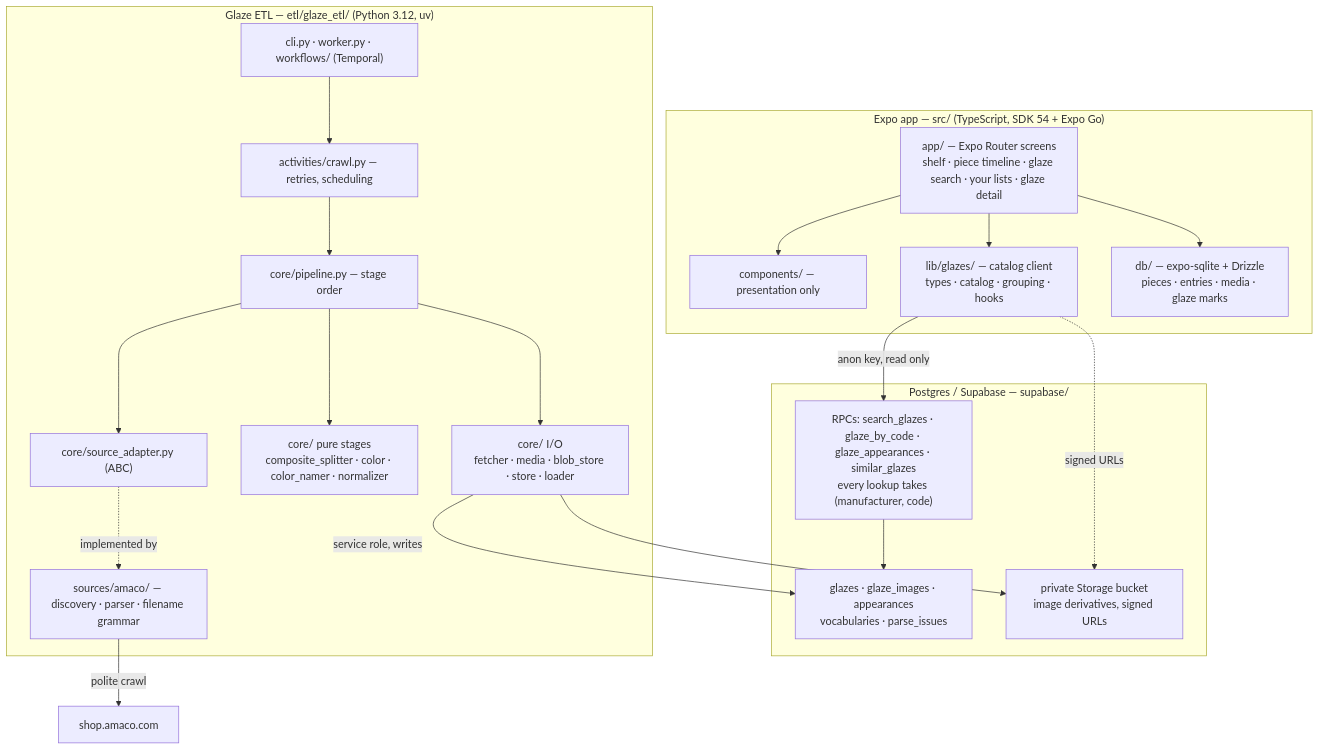
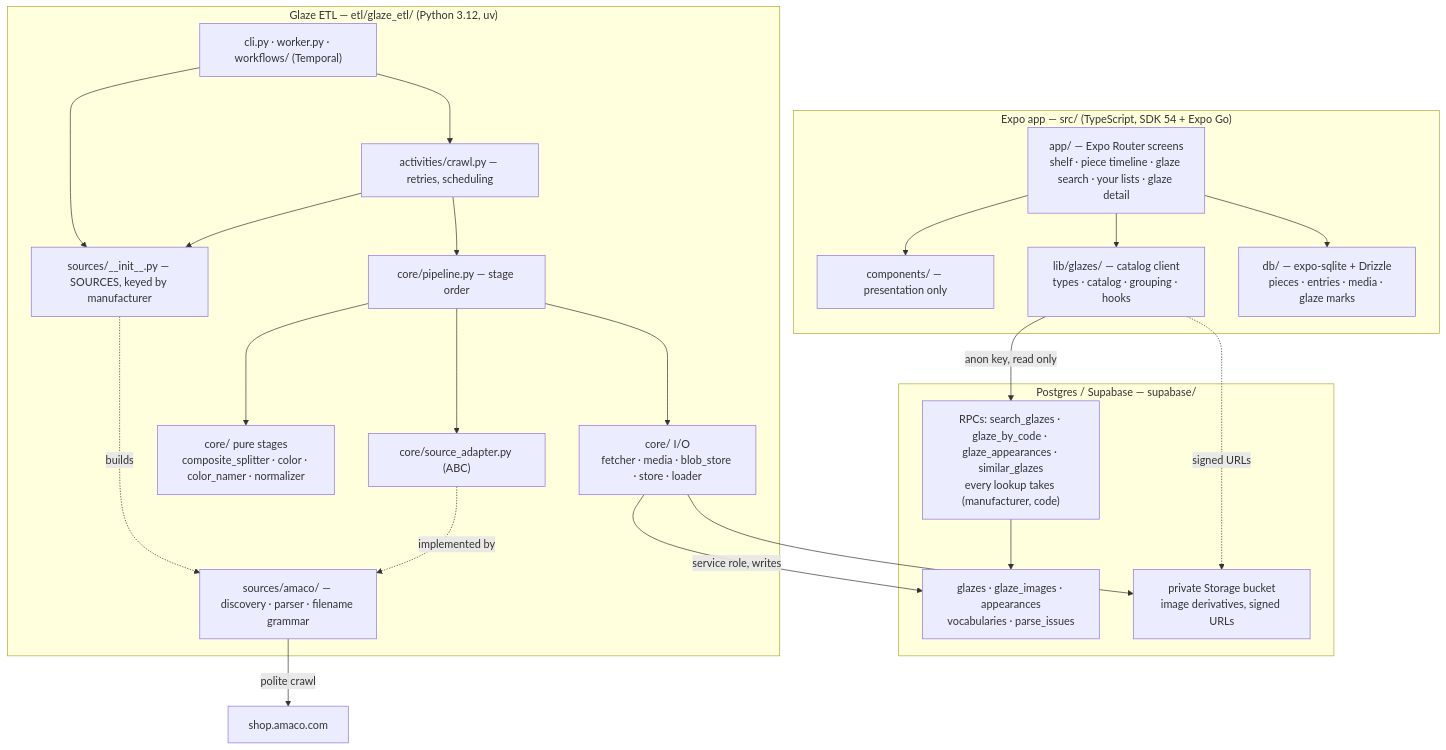
One commit to nickscip/mudbud changed the diagram in docs/ARCHITECTURE.md. Above: the diagram before and after it, drawn with Mermaid. The commit also changed 2 other files, not shown here.

Commit message:
docs: describe the shape the refactor left
fetcher.py's docstring presented AMACO's crawl delay and BigCommerce's
analytics noise as things the fetcher knows. Both now arrive from the
adapter, so the module is source-agnostic and the measurements are
recorded as what the machinery is for rather than as universal facts.

The architecture diagram gains the SOURCES registry, which is how the
CLI and the activities reach an adapter, and the roadmap records the
review pass — chiefly the snapshot-read unification and the activity
scoping fix, both of which matter to whoever adds Mayco.

````diff
--- a/docs/ARCHITECTURE.md
+++ b/docs/ARCHITECTURE.md
@@ -7,40 +7,44 @@
 ```mermaid
 graph TD
   subgraph app["Expo app — src/ (TypeScript, SDK 54 + Expo Go)"]
     screens["app/ — Expo Router screens<br/>shelf · piece timeline · glaze search · your lists · glaze detail"]
     components["components/ — presentation only"]
     glazes["lib/glazes/ — catalog client<br/>types · catalog · grouping · hooks"]
     localdb["db/ — expo-sqlite + Drizzle<br/>pieces · entries · media · glaze marks"]
     screens --> components
     screens --> glazes
     screens --> localdb
   end
 
   subgraph pg["Postgres / Supabase — supabase/"]
     rpc["RPCs: search_glazes · glaze_by_code · glaze_appearances · similar_glazes<br/>every lookup takes (manufacturer, code)"]
     tables["glazes · glaze_images · appearances<br/>vocabularies · parse_issues"]
     bucket["private Storage bucket<br/>image derivatives, signed URLs"]
     rpc --> tables
   end
 
   subgraph etl["Glaze ETL — etl/glaze_etl/ (Python 3.12, uv)"]
     entry["cli.py · worker.py · workflows/ (Temporal)"]
     activities["activities/crawl.py — retries, scheduling"]
     pipeline["core/pipeline.py — stage order"]
     adapter["core/source_adapter.py (ABC)"]
+    registry["sources/__init__.py — SOURCES, keyed by manufacturer"]
     amaco["sources/amaco/ — discovery · parser · filename grammar"]
     pure["core/ pure stages<br/>composite_splitter · color · color_namer · normalizer"]
     io["core/ I/O<br/>fetcher · media · blob_store · store · loader"]
     entry --> activities --> pipeline
+    entry --> registry
+    activities --> registry
     pipeline --> adapter
+    registry -. builds .-> amaco
     adapter -. implemented by .-> amaco
     pipeline --> pure
     pipeline --> io
   end
 
   glazes -->|"anon key, read only"| rpc
   io -->|"service role, writes"| tables
   io --> bucket
   glazes -.->|"signed URLs"| bucket
   amaco -->|"polite crawl"| amacoweb["shop.amaco.com"]
 ```
````
